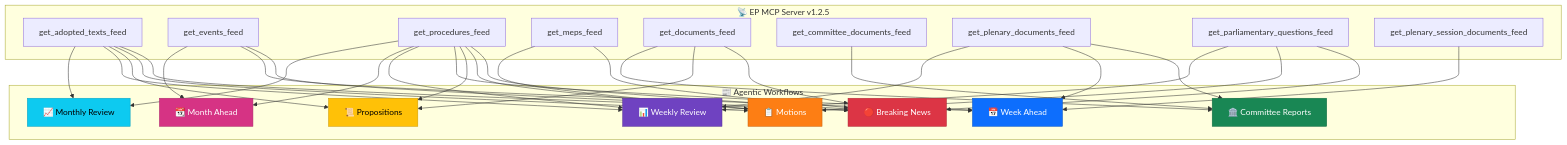
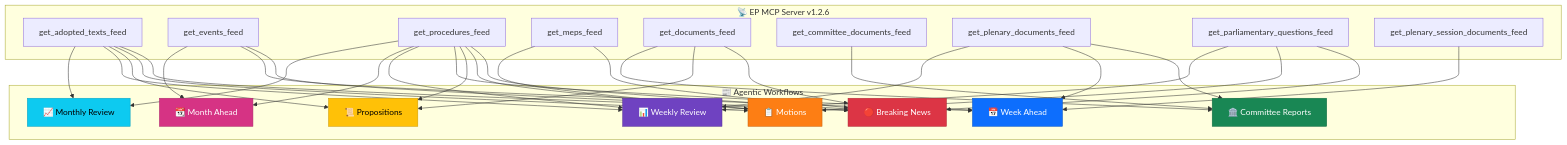
Before and after one commit to Hack23/euparliamentmonitor: the fifth of 7 diagrams in docs/api/media/README-3.md, drawn with Mermaid. The commit also changed 38 other files, not shown here.

First line of the commit message:
chore: bump european-parliament-mcp-server 1.2.5 → 1.2.6 across all files, update copilot-mcp.json pattern, add mcp-setup.sh

````diff
--- a/docs/api/media/README-3.md
+++ b/docs/api/media/README-3.md
@@ -497,44 +497,44 @@
 ```mermaid
 flowchart TD
-    subgraph "📡 EP MCP Server v1.2.5"
+    subgraph "📡 EP MCP Server v1.2.6"
         F1["get_adopted_texts_feed"]
         F2["get_events_feed"]
         F3["get_procedures_feed"]
         F4["get_meps_feed"]
         F5["get_documents_feed"]
         F6["get_committee_documents_feed"]
         F7["get_plenary_documents_feed"]
         F8["get_parliamentary_questions_feed"]
         F9["get_plenary_session_documents_feed"]
     end
 
     subgraph "📰 Agentic Workflows"
         W1["🔴 Breaking News"]
         W2["📋 Motions"]
         W3["📜 Propositions"]
         W4["🏛️ Committee Reports"]
         W5["📅 Week Ahead"]
         W6["📊 Weekly Review"]
         W7["📆 Month Ahead"]
         W8["📈 Monthly Review"]
     end
 
     F1 --> W1 & W2 & W3 & W6 & W8
     F2 --> W1 & W5 & W7
     F3 --> W1 & W2 & W3 & W5 & W6 & W7 & W8
     F4 --> W1 & W2
     F5 --> W1 & W3 & W4
     F6 --> W4
     F7 --> W4 & W5 & W6
     F8 --> W1 & W2 & W6
     F9 --> W5
 
     style W1 fill:#dc3545,stroke:#b02a37,color:#fff
     style W2 fill:#fd7e14,stroke:#ca6510,color:#fff
     style W3 fill:#ffc107,stroke:#cc9a06,color:#000
     style W4 fill:#198754,stroke:#146c43,color:#fff
     style W5 fill:#0d6efd,stroke:#0a58ca,color:#fff
     style W6 fill:#6f42c1,stroke:#59359a,color:#fff
     style W7 fill:#d63384,stroke:#ab296a,color:#fff
     style W8 fill:#0dcaf0,stroke:#0aa2c0,color:#000
 ```
````
